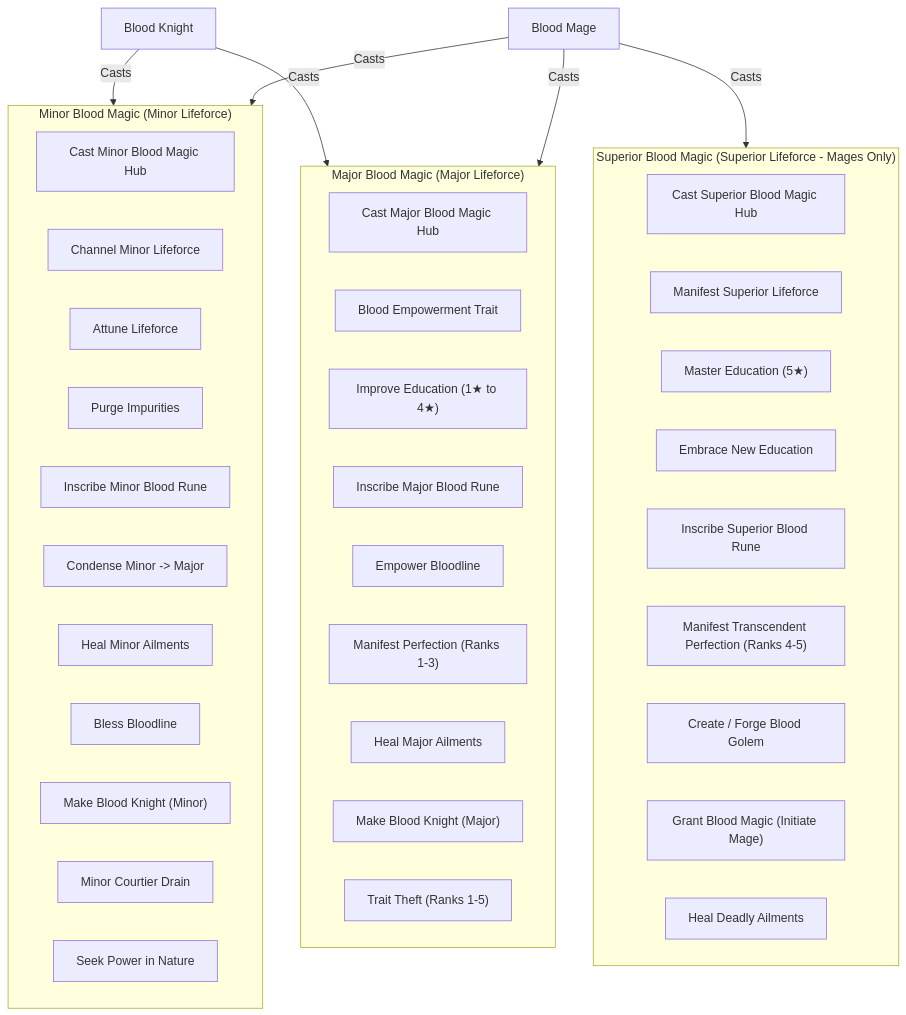
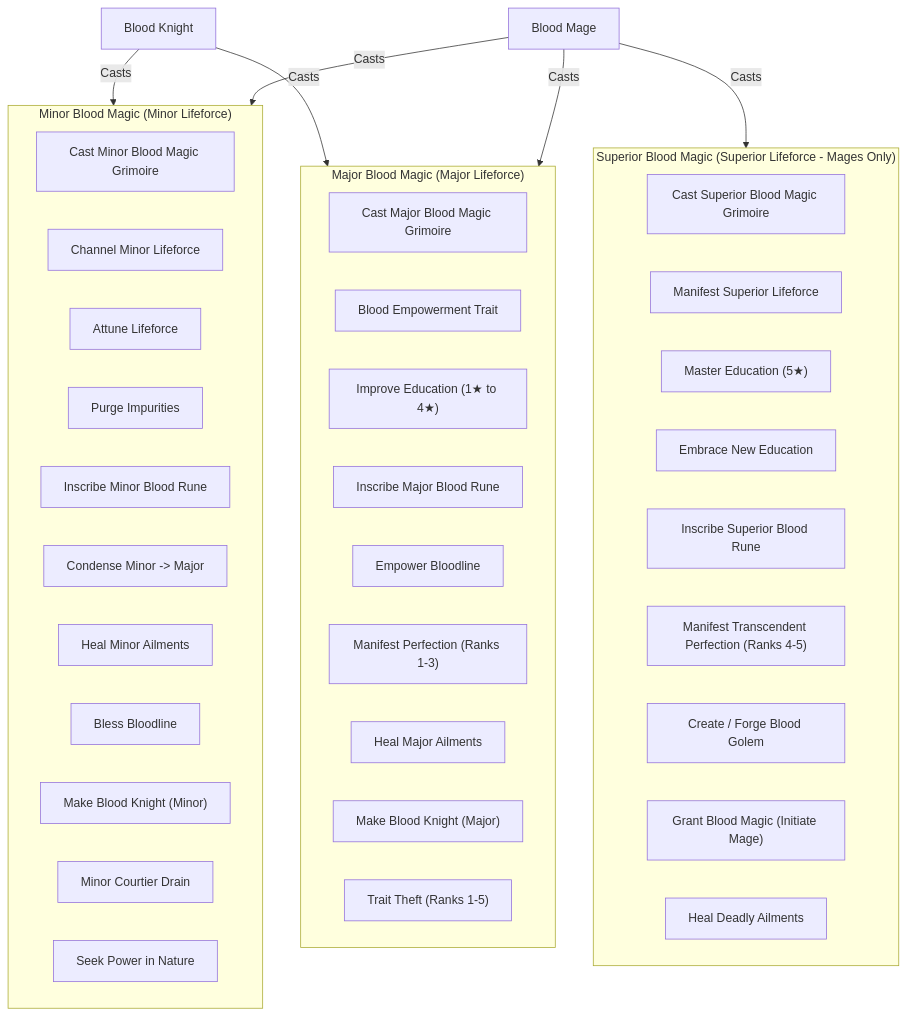
One commit to theNicelander/ck3_blood_mage changed the diagram in docs-ai/architecture/blood-mage-magic-tiers.md. Above: the diagram before and after it, drawn with Mermaid. The commit also changed other lines of this file and 12 other files, not shown here.

Commit message:
docs: rename hub references to grimoire across documentation and descriptions

````diff
--- a/docs-ai/architecture/blood-mage-magic-tiers.md
+++ b/docs-ai/architecture/blood-mage-magic-tiers.md
@@ -10,46 +10,46 @@
 ```mermaid
 flowchart TD
     subgraph T1 ["Minor Blood Magic (Minor Lifeforce)"]
-        M1["Cast Minor Blood Magic Hub"]
+        M1["Cast Minor Blood Magic Grimoire"]
         M2["Channel Minor Lifeforce"]
         M3["Attune Lifeforce"]
         M4["Purge Impurities"]
         M5["Inscribe Minor Blood Rune"]
         M6["Condense Minor -> Major"]
         M7["Heal Minor Ailments"]
         M8["Bless Bloodline"]
         M9["Make Blood Knight (Minor)"]
         M10["Minor Courtier Drain"]
         M11["Seek Power in Nature"]
     end
 
     subgraph T2 ["Major Blood Magic (Major Lifeforce)"]
-        J1["Cast Major Blood Magic Hub"]
+        J1["Cast Major Blood Magic Grimoire"]
         J2["Blood Empowerment Trait"]
         J3["Improve Education (1★ to 4★)"]
         J4["Inscribe Major Blood Rune"]
         J5["Empower Bloodline"]
         J6["Manifest Perfection (Ranks 1-3)"]
         J7["Heal Major Ailments"]
         J8["Make Blood Knight (Major)"]
         J9["Trait Theft (Ranks 1-5)"]
     end
 
     subgraph T3 ["Superior Blood Magic (Superior Lifeforce - Mages Only)"]
-        S1["Cast Superior Blood Magic Hub"]
+        S1["Cast Superior Blood Magic Grimoire"]
         S2["Manifest Superior Lifeforce"]
         S3["Master Education (5★)"]
         S4["Embrace New Education"]
         S5["Inscribe Superior Blood Rune"]
         S6["Manifest Transcendent Perfection (Ranks 4-5)"]
         S7["Create / Forge Blood Golem"]
         S8["Grant Blood Magic (Initiate Mage)"]
         S9["Heal Deadly Ailments"]
     end
 
     BK["Blood Knight"] -->|Casts| T1
     BK -->|Casts| T2
     BM["Blood Mage"] -->|Casts| T1
     BM -->|Casts| T2
     BM -->|Casts| T3
 ```
````
